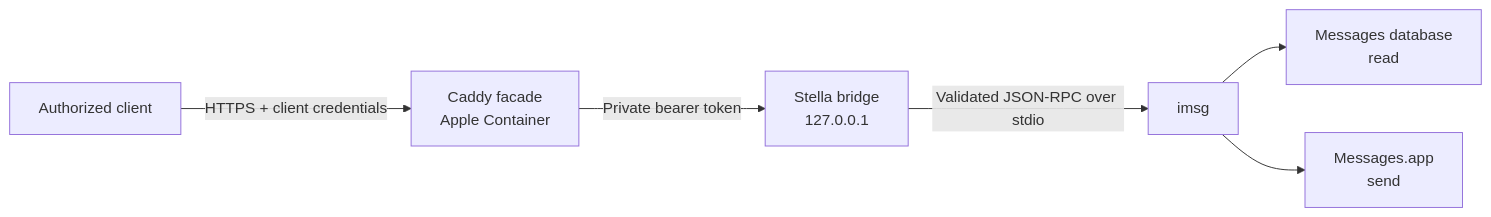
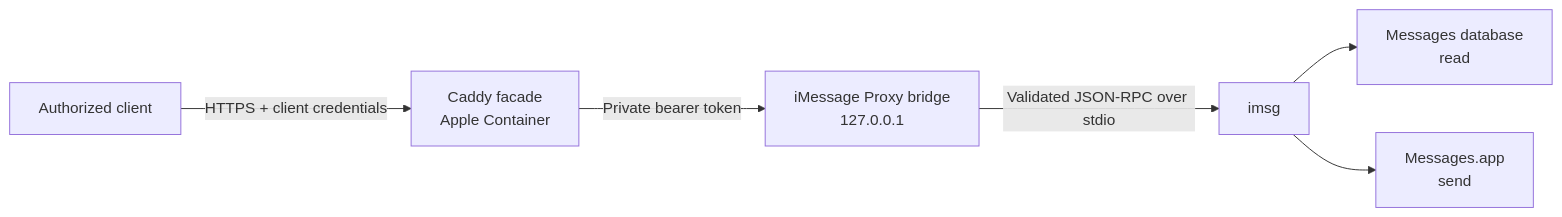
The diagram in README.md (mglaeser/imessage-proxy), drawn with Mermaid before and after one commit. The commit also changed other lines of this file and 34 other files, not shown here.

Commit message:
feat!: rename project to iMessage Proxy

````diff
--- a/README.md
+++ b/README.md
@@ -35,8 +35,8 @@
 ```mermaid
 flowchart LR
     client["Authorized client"] -->|"HTTPS + client credentials"| caddy["Caddy facade<br/>Apple Container"]
-    caddy -->|"Private bearer token"| bridge["Stella bridge<br/>127.0.0.1"]
+    caddy -->|"Private bearer token"| bridge["iMessage Proxy bridge<br/>127.0.0.1"]
     bridge -->|"Validated JSON-RPC over stdio"| imsg["imsg"]
     imsg --> db["Messages database<br/>read"]
     imsg --> app["Messages.app<br/>send"]
 ```
````
